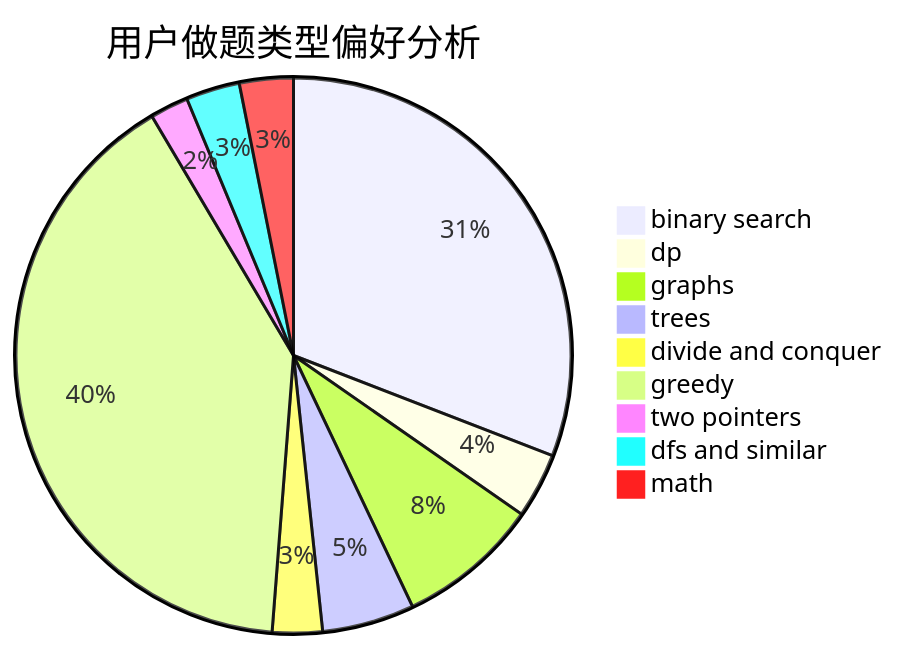
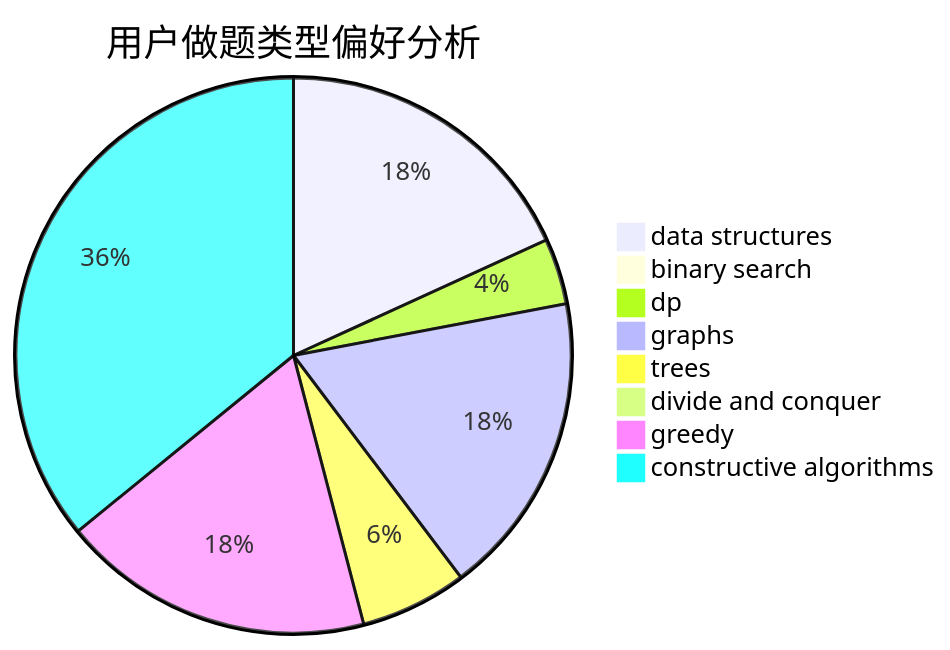
One commit to sherpahu/cfrs.github.io changed the second of 3 diagrams in docs/user/u1474.md. Above: the diagram before and after it, drawn with Mermaid. The commit also changed other lines of this file and 2775 other files, not shown here.

````diff
--- a/docs/user/u1474.md
+++ b/docs/user/u1474.md
@@ -23,12 +23,11 @@
 ```mermaid
 pie title 用户做题类型偏好分析
-    "binary search" :  138
-    "dp" :  17
+    "data structures" :  38
+    "binary search" :  0
+    "dp" :  8
     "graphs" :  37
-    "trees" :  24
-    "divide and conquer" :  13
-    "greedy" :  180
-    "two pointers" :  10
-    "dfs and similar" :  14
-    "math" :  14
+    "trees" :  13
+    "divide and conquer" :  0
+    "greedy" :  38
+    "constructive algorithms" :  75
 ```
````
